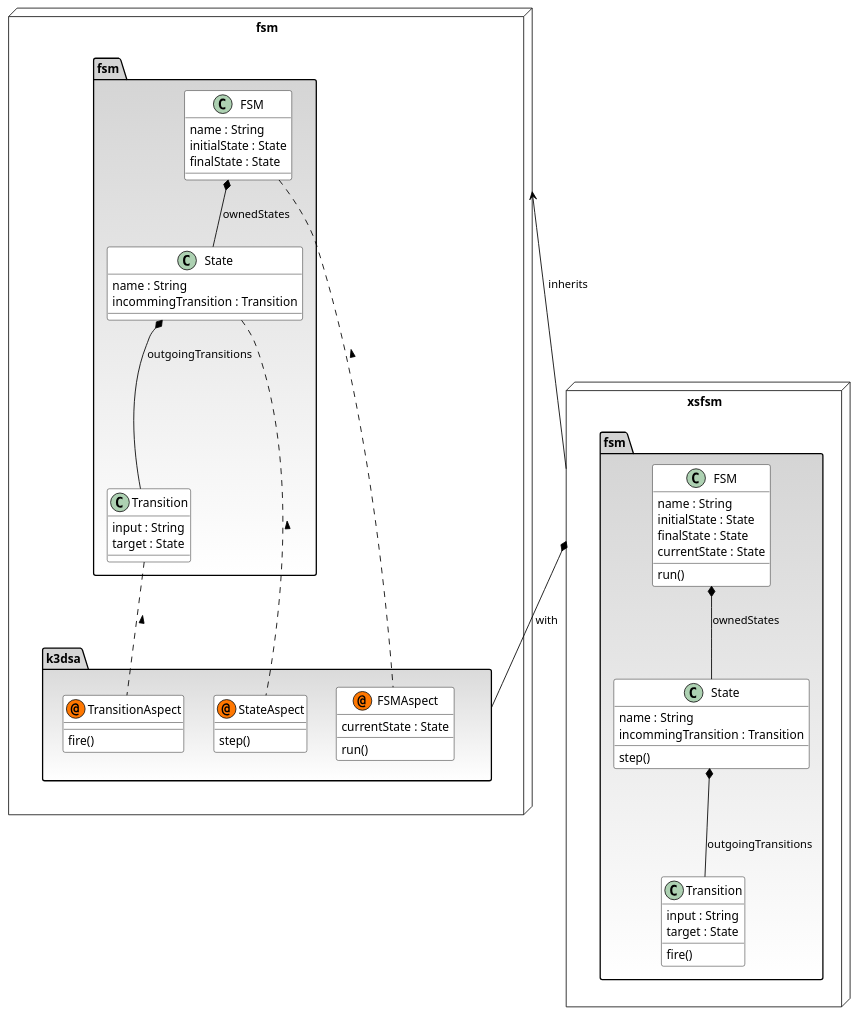
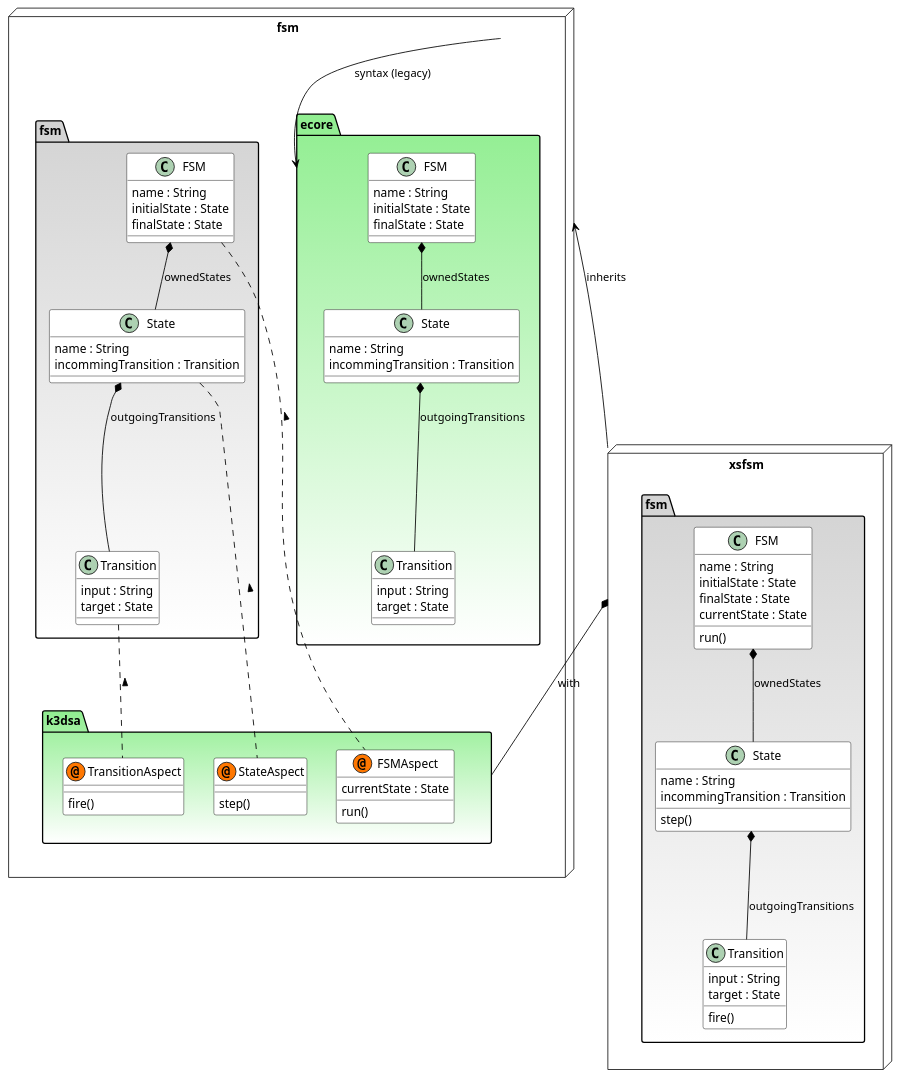
One commit to gemoc/gemoc-studio-old changed the diagram in official_samples/sample.deployers/plugins/org.gemoc.gemoc_language_workbench.sample.deployer/src/main/plantuml/LegacyFSM_language_figure.plantuml. Above: the diagram before and after it, drawn with PlantUML.

Commit message:
adding link to ecore for the base FSM language in LegacyFSM doc

```diff
--- a/official_samples/sample.deployers/plugins/org.gemoc.gemoc_language_workbench.sample.deployer/src/main/plantuml/LegacyFSM_language_figure.plantuml
+++ b/official_samples/sample.deployers/plugins/org.gemoc.gemoc_language_workbench.sample.deployer/src/main/plantuml/LegacyFSM_language_figure.plantuml
@@ -1,72 +1,91 @@
 @startuml
 hide stereotype  
 skinparam class {
 	BackgroundColor White
 	ArrowColor Black
 	BorderColor Black
+}
+
+namespace fsm.ecore #LightGreen-white {
+  class FSM {
+    name : String
+    initialState : State
+    finalState : State
+  }
+  class State{
+    name : String
+    incommingTransition : Transition
+  }
+	class Transition{
+		input : String
+		target : State
+	}
+	FSM *-- State : ownedStates
+	State *-- Transition : outgoingTransitions
 }
 
 namespace fsm <<Node>> {
 	namespace fsm #LightGray-white {
 	  class FSM {
 	    name : String
 	    initialState : State
 	    finalState : State
 	  }
 	  class State{
 	    name : String
 	    incommingTransition : Transition
 	  }
 		class Transition{
 			input : String
 			target : State
 		}
 		FSM *-- State : ownedStates
 		State *-- Transition : outgoingTransitions
 	}
 }
 
-namespace fsm.k3dsa  #LightGray-white {
+namespace fsm.k3dsa  #LightGreen-white {
     class FSMAspect << (@,#FF7700) Aspect >>{
 	    currentState : State
 	    run()
 	}
 	class StateAspect << (@,#FF7700) Aspect >>{
 	    step()
 	}
 	class TransitionAspect << (@,#FF7700) Aspect >>{
 	    fire()
 	}
 }
 
 fsm.fsm.FSM .. fsm.k3dsa.FSMAspect  : <
 fsm.fsm.State .. fsm.k3dsa.StateAspect  : <
 fsm.fsm.Transition .. fsm.k3dsa.TransitionAspect  : <
 
 namespace xsfsm <<Node>> {
 	namespace fsm  #LightGray-white {
 	  class FSM {
 	    name : String
 	    initialState : State
 	    finalState : State
 	    currentState : State
 	    run()
 	  }
 	  class State{
 	    name : String
 	    incommingTransition : Transition
 	    step()
 	  }
 	  class Transition{
 	    input : String
 	    target : State
 	    fire()
 	  }
 	  FSM *-- State : ownedStates
 	  State *-- Transition : outgoingTransitions
 	}
 }
 
+fsm --> fsm.ecore : syntax (legacy)
 fsm <-- xsfsm : inherits
 xsfsm *-- fsm.k3dsa : with
 @enduml
```
